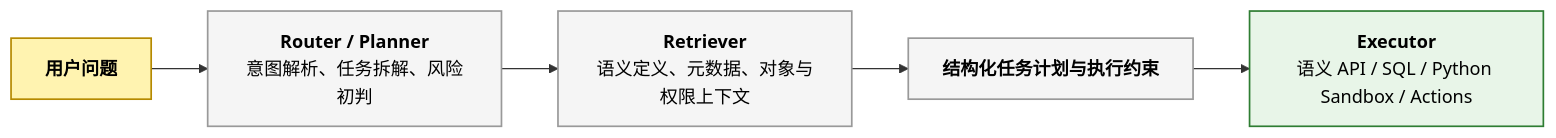
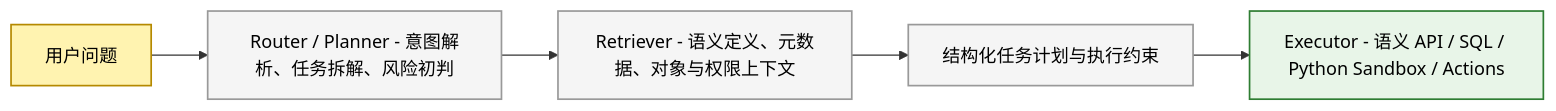
One commit to BillZong/BillZong.github.io changed the fifth of 6 diagrams in source/_posts/bi-evolution-6-ai-native-restructure.md. Above: the diagram before and after it, drawn with Mermaid. The commit also changed other lines of this file and 1 other file, not shown here.

```diff
--- a/source/_posts/bi-evolution-6-ai-native-restructure.md
+++ b/source/_posts/bi-evolution-6-ai-native-restructure.md
@@ -406,14 +406,14 @@
 {% mermaid %}
 flowchart LR
     classDef entry fill:#fff3b0,stroke:#b58900,color:#000,stroke-width:1.5px
     classDef decision fill:#fce4ec,stroke:#c62828,color:#000,stroke-width:1.5px
     classDef exit fill:#e8f5e8,stroke:#2e7d32,color:#000,stroke-width:1.5px
     classDef normal fill:#f5f5f5,stroke:#999,color:#000,stroke-width:1.5px
 
-    Q["<b>用户问题</b>"]:::entry
-    R["<b>Router / Planner</b><br/>意图解析、任务拆解、风险初判"]:::normal
-    Re["<b>Retriever</b><br/>语义定义、元数据、对象与权限上下文"]:::normal
-    P["<b>结构化任务计划与执行约束</b>"]:::normal
-    E["<b>Executor</b><br/>语义 API / SQL / Python Sandbox / Actions"]:::exit
+    Q["用户问题"]:::entry
+    R["Router / Planner - 意图解析、任务拆解、风险初判"]:::normal
+    Re["Retriever - 语义定义、元数据、对象与权限上下文"]:::normal
+    P["结构化任务计划与执行约束"]:::normal
+    E["Executor - 语义 API / SQL / Python Sandbox / Actions"]:::exit
     Q --> R --> Re --> P --> E
 {% endmermaid %}
```
